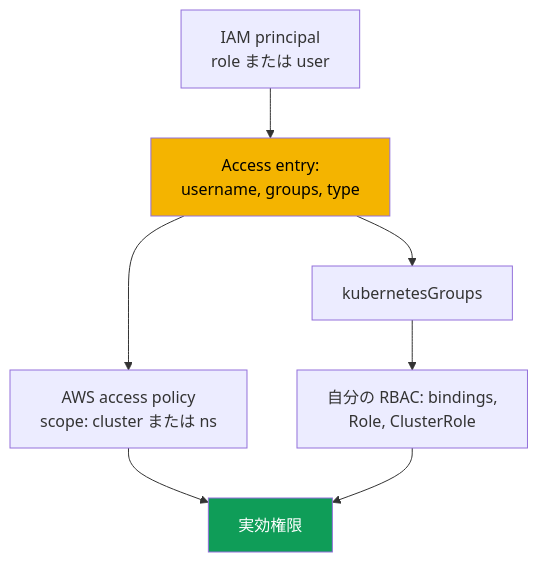
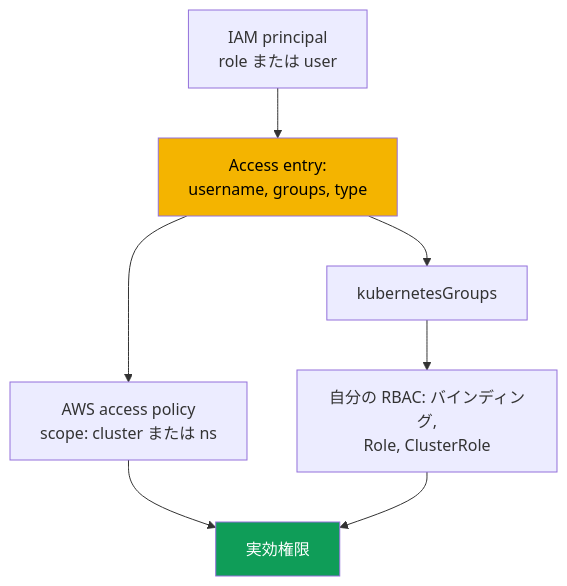
One commit to ViktorUJ/cks changed the second of 2 diagrams in tasks/eks/course/05/jp.md. Above: the diagram before and after it, drawn with Mermaid. The commit also changed other lines of this file and 534 other files, not shown here.

````diff
--- a/tasks/eks/course/05/jp.md
+++ b/tasks/eks/course/05/jp.md
@@ -87,14 +87,14 @@
 ```mermaid
 flowchart TB
     p["IAM principal<br/>role または user"]
     ae["Access entry:<br/>username, groups, type"]
     ap["AWS access policy<br/>scope: cluster または ns"]
     grp["kubernetesGroups"]
-    rb["自分の RBAC: bindings,<br/>Role, ClusterRole"]
+    rb["自分の RBAC: バインディング,<br/>Role, ClusterRole"]
     perm["実効権限"]
     p --> ae
     ae --> ap --> perm
     ae --> grp --> rb --> perm
     style ae fill:#f4b400,color:#000
     style perm fill:#0f9d58,color:#fff
 ```
````
